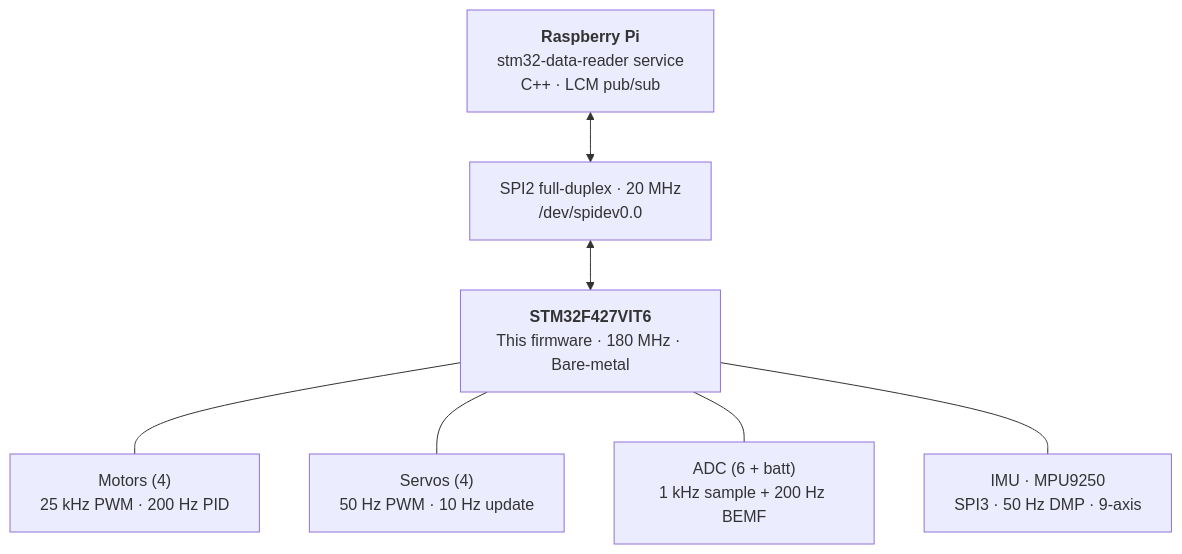
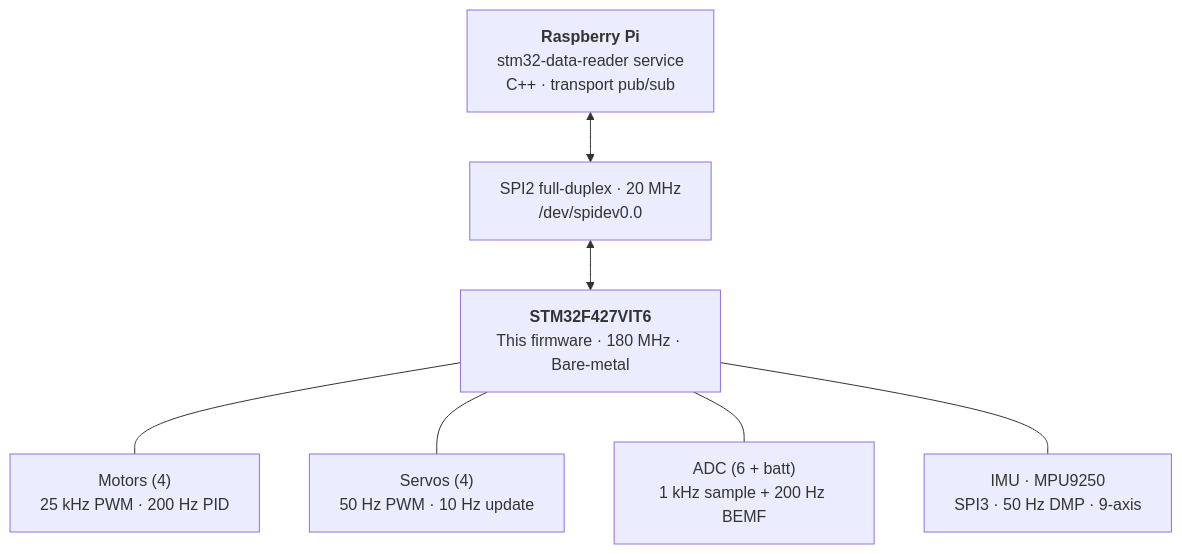
Before and after one commit to htl-stp-ecer/stm32-data-reader: the first of 4 diagrams in firmware/README.md, drawn with Mermaid. The commit also changed other lines of this file and 12 other files, not shown here.

First line of the commit message:
Reader: scripts, docs, comments and log texts use the transport and the channel table

````diff
--- a/firmware/README.md
+++ b/firmware/README.md
@@ -33,17 +33,17 @@
 ```mermaid
 graph TD
-    Pi["<b>Raspberry Pi</b><br/>stm32-data-reader service<br/>C++ · LCM pub/sub"]
+    Pi["<b>Raspberry Pi</b><br/>stm32-data-reader service<br/>C++ · transport pub/sub"]
     SPI["SPI2 full-duplex · 20 MHz<br/>/dev/spidev0.0"]
     STM["<b>STM32F427VIT6</b><br/>This firmware · 180 MHz · Bare-metal"]
 
     MOT["Motors (4)<br/>25 kHz PWM · 200 Hz PID"]
     SRV["Servos (4)<br/>50 Hz PWM · 10 Hz update"]
     ADC["ADC (6 + batt)<br/>1 kHz sample + 200 Hz BEMF"]
     IMU["IMU · MPU9250<br/>SPI3 · 50 Hz DMP · 9-axis"]
 
     Pi <--> SPI <--> STM
     STM --- MOT
     STM --- SRV
     STM --- ADC
     STM --- IMU
 ```
````
